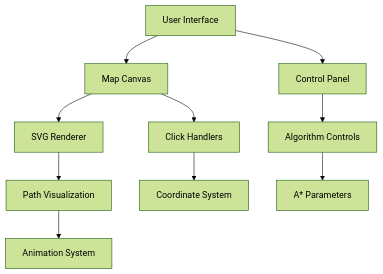
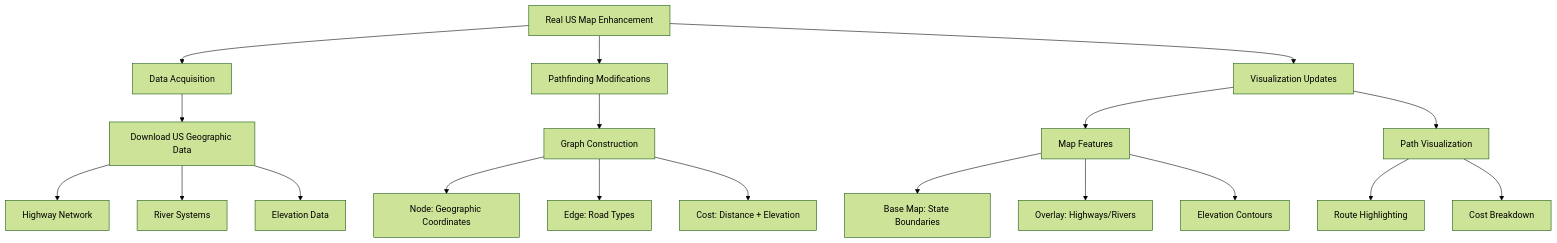
Before and after one commit to gustavorubim/astar: the diagram in roadmap.md, drawn with Mermaid (forest theme). The commit also changed other lines of this file and 5 other files, not shown here.

````diff
--- a/roadmap.md
+++ b/roadmap.md
@@ -3,12 +5,25 @@
 ```mermaid
 graph TD
-    A[User Interface] --> B[Map Canvas]
-    A --> C[Control Panel]
-    B --> D[SVG Renderer]
-    B --> E[Click Handlers]
-    D --> F[Path Visualization]
-    E --> G[Coordinate System]
-    C --> H[Algorithm Controls]
-    F --> I[Animation System]
-    H --> J[A* Parameters]
+    A[Real US Map Enhancement] --> B[Data Acquisition]
+    A --> C[Pathfinding Modifications]
+    A --> D[Visualization Updates]
+    
+    B --> B1[Download US Geographic Data]
+    B1 --> B1a[Highway Network]
+    B1 --> B1b[River Systems]
+    B1 --> B1c[Elevation Data]
+    
+    C --> C1[Graph Construction]
+    C1 --> C1a[Node: Geographic Coordinates]
+    C1 --> C1b[Edge: Road Types]
+    C1 --> C1c[Cost: Distance + Elevation]
+    
+    D --> D1[Map Features]
+    D1 --> D1a[Base Map: State Boundaries]
+    D1 --> D1b[Overlay: Highways/Rivers]
+    D1 --> D1c[Elevation Contours]
+    
+    D --> D2[Path Visualization]
+    D2 --> D2a[Route Highlighting]
+    D2 --> D2b[Cost Breakdown]
 ```
````
